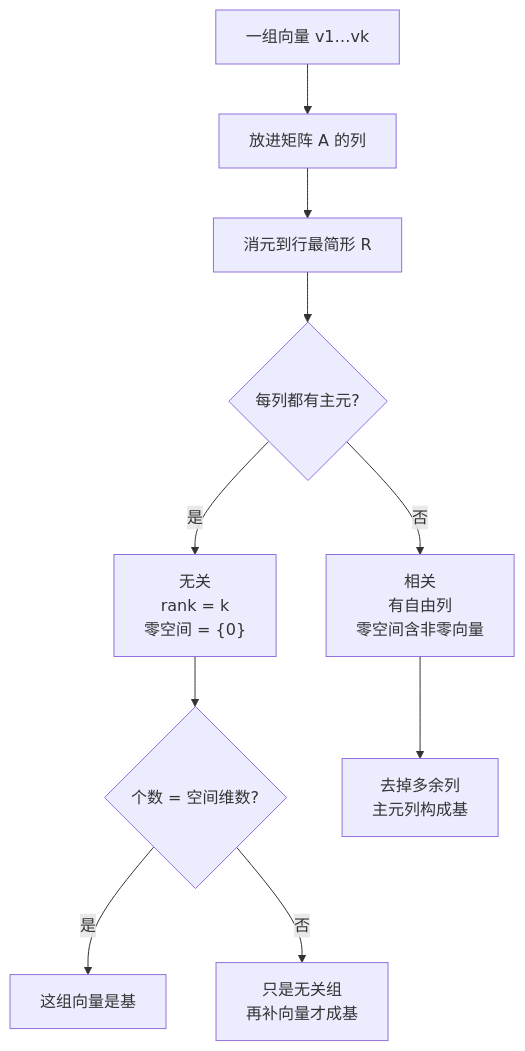
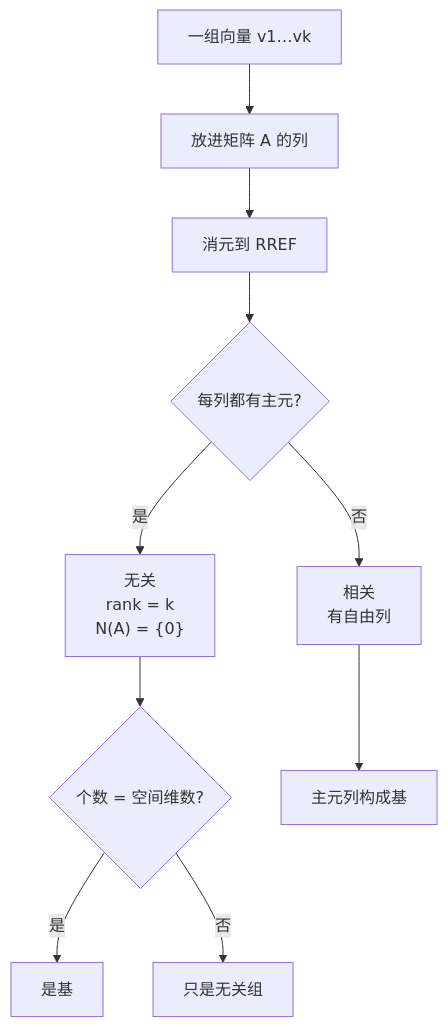
Before and after one commit to Korotomx/STD: the diagram in Math/Linear Algebra/学习笔记/L9 线性无关·基·维数.md, drawn with Mermaid. The commit also changed other lines of this file and 173 other files, not shown here.

````diff
--- a/Math/Linear Algebra/学习笔记/L9 线性无关·基·维数.md
+++ b/Math/Linear Algebra/学习笔记/L9 线性无关·基·维数.md
@@ -184,12 +106,12 @@
 ```mermaid
 flowchart TD
     V["一组向量 v1…vk"] --> M["放进矩阵 A 的列"]
-    M --> E["消元到行最简形 R"]
+    M --> E["消元到 RREF"]
     E --> Q{"每列都有主元?"}
-    Q -->|"是"| I["无关<br/>rank = k<br/>零空间 = {0}"]
-    Q -->|"否"| D["相关<br/>有自由列<br/>零空间含非零向量"]
+    Q -->|"是"| I["无关<br/>rank = k<br/>N(A) = {0}"]
+    Q -->|"否"| D["相关<br/>有自由列"]
     I --> B{"个数 = 空间维数?"}
-    B -->|"是"| BASIS["这组向量是基"]
-    B -->|"否"| NOT["只是无关组<br/>再补向量才成基"]
-    D --> DEL["去掉多余列<br/>主元列构成基"]
+    B -->|"是"| BASIS["是基"]
+    B -->|"否"| NOT["只是无关组"]
+    D --> DEL["主元列构成基"]
 ```
````
